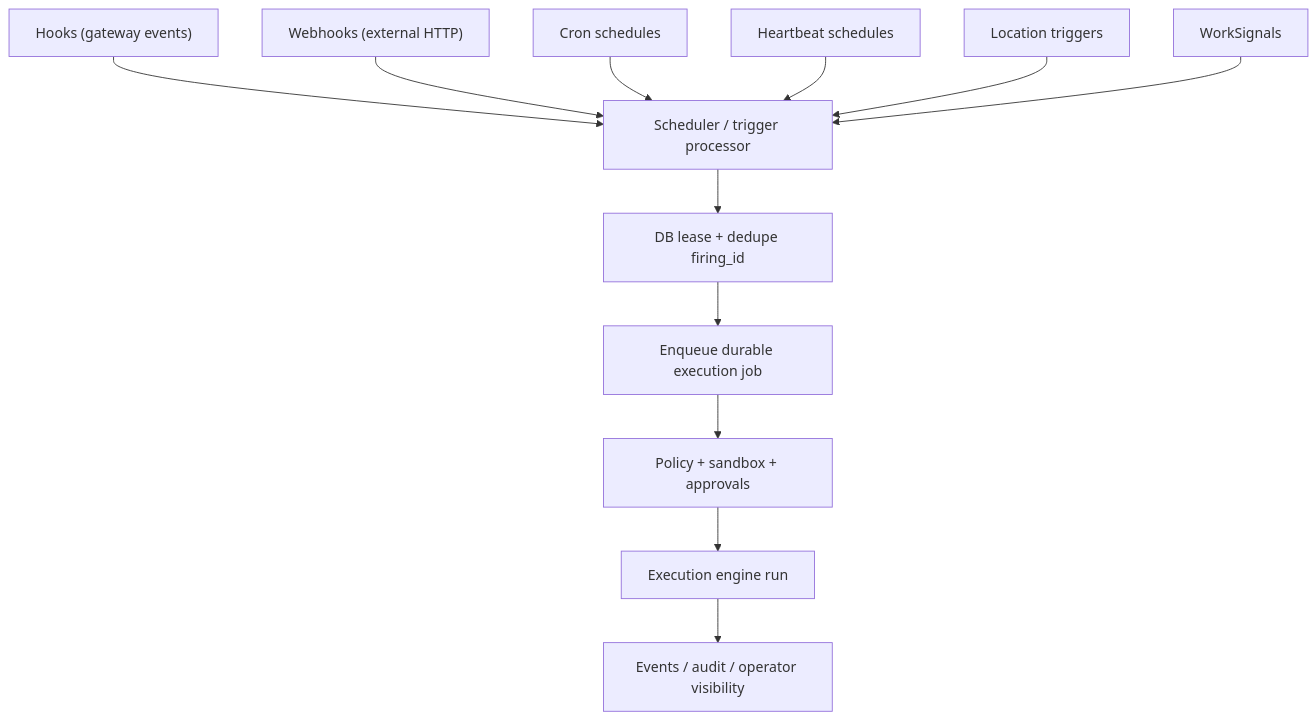
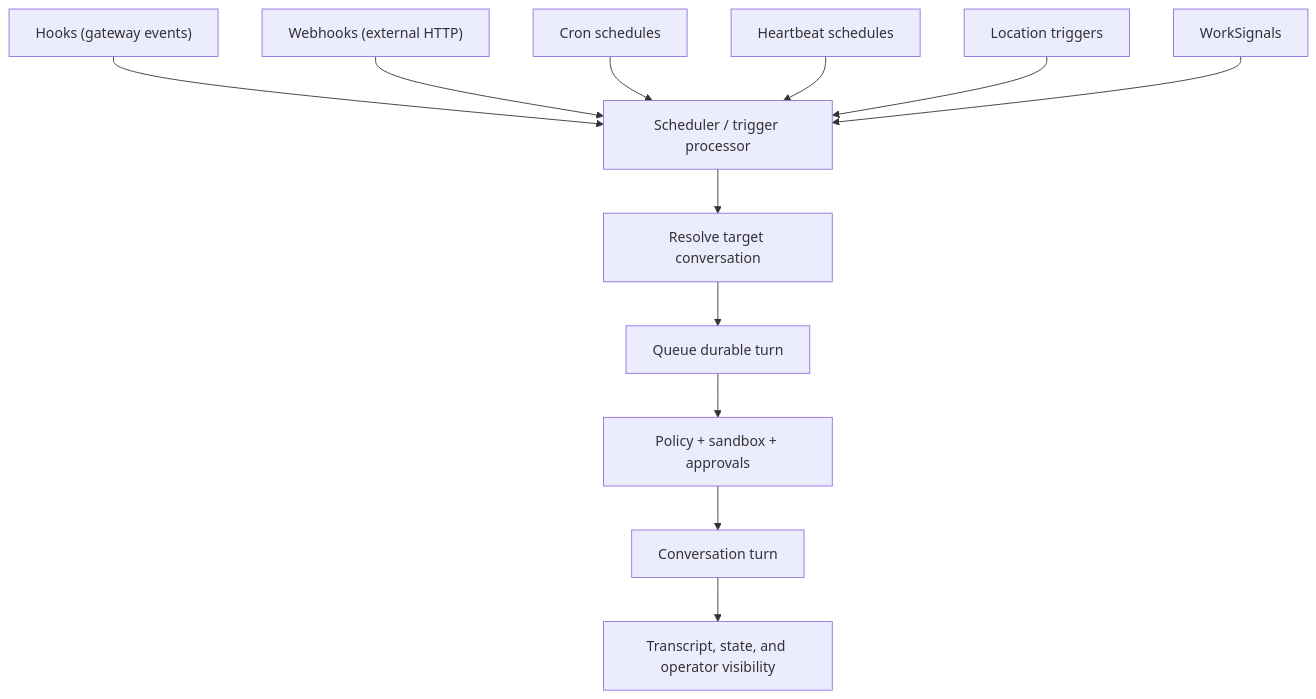
Before and after one commit to tyrumai/tyrum: the diagram in docs/architecture/gateway/automation.md, drawn with Mermaid. The commit also changed other lines of this file and 56 other files, not shown here.

Commit message:
docs: rewrite architecture around conversations and turns (#1829)

````diff
--- a/docs/architecture/gateway/automation.md
+++ b/docs/architecture/gateway/automation.md
@@ -17,15 +17,15 @@
 ```mermaid
 flowchart TB
   Hooks["Hooks (gateway events)"] --> Scheduler["Scheduler / trigger processor"]
   Webhooks["Webhooks (external HTTP)"] --> Scheduler
   Cron["Cron schedules"] --> Scheduler
   Heartbeat["Heartbeat schedules"] --> Scheduler
   Location["Location triggers"] --> Scheduler
   WorkSignals["WorkSignals"] --> Scheduler
 
-  Scheduler --> Lease["DB lease + dedupe firing_id"]
-  Lease --> Enqueue["Enqueue durable execution job"]
-  Enqueue --> Policy["Policy + sandbox + approvals"]
-  Policy --> Engine["Execution engine run"]
-  Engine --> Events["Events / audit / operator visibility"]
+  Scheduler --> Resolve["Resolve target conversation"]
+  Resolve --> Queue["Queue durable turn"]
+  Queue --> Policy["Policy + sandbox + approvals"]
+  Policy --> Turn["Conversation turn"]
+  Turn --> Events["Transcript, state, and operator visibility"]
 ```
````
